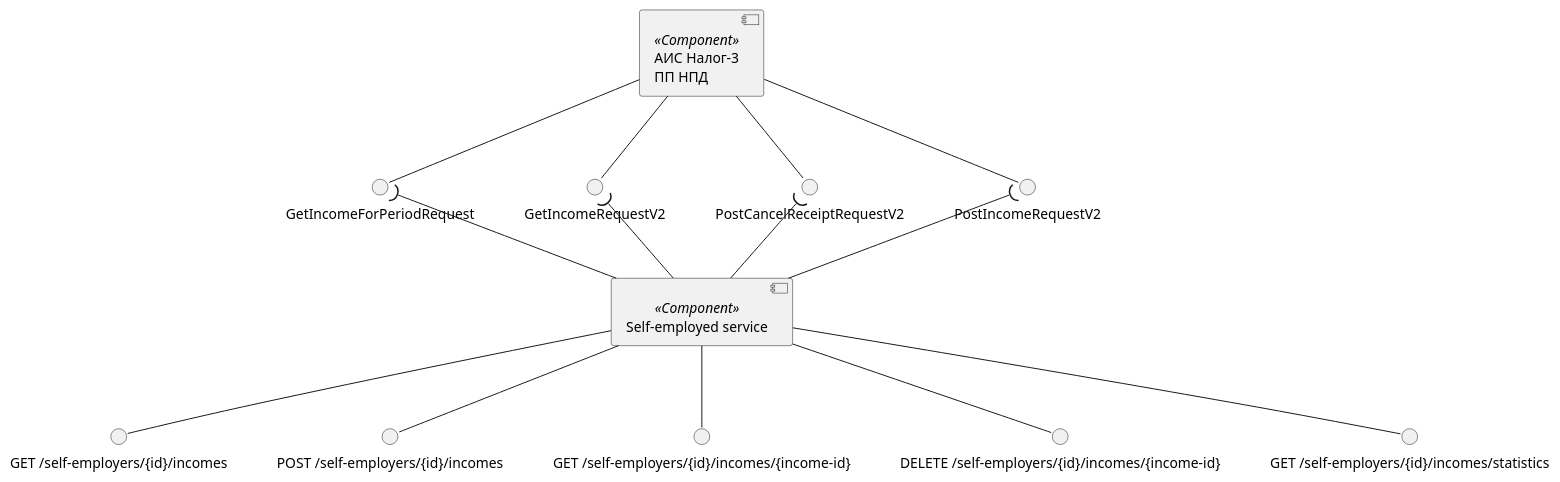
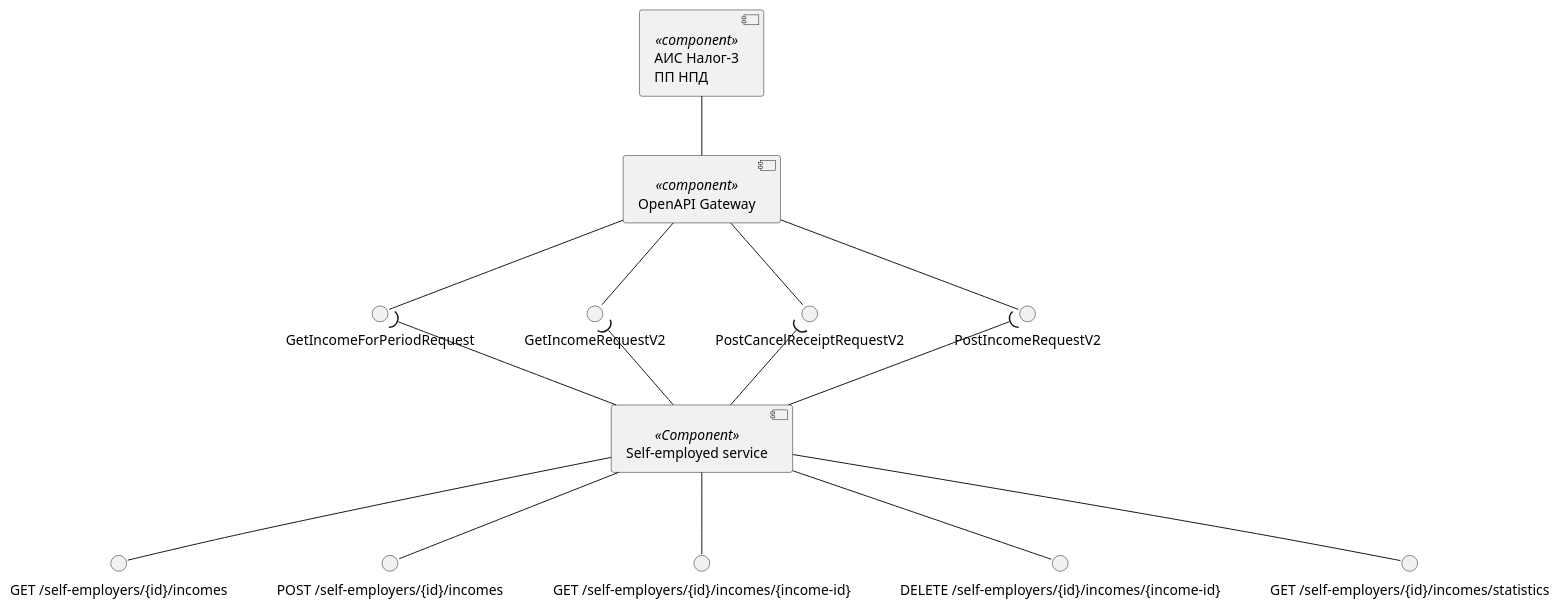
The second of 6 diagrams in diagrams/self-employed-service/components.puml (RaikBitters/ibank-internal-services), drawn with PlantUML before and after one commit. The commit also changed other lines of this file and 6 other files, not shown here.

Commit message:
Updated self-empl components diagram.

```diff
--- a/diagrams/self-employed-service/components.puml
+++ b/diagrams/self-employed-service/components.puml
@@ -85,32 +87,34 @@
 @startuml incomes-components
 
-component "АИС Налог-3\nПП НПД" as Tax3 <<Component>>
+component "АИС Налог-3\nПП НПД" as Tax3 <<component>>
+component "OpenAPI Gateway" as OpenAPI <<component>>
 interface "PostIncomeRequestV2" as PostIncome
 interface "PostCancelReceiptRequestV2" as PostCancelReceipt
 interface "GetIncomeRequestV2" as GetIncome
 interface "GetIncomeForPeriodRequest" as GetIncomeForPeriod
 
-Tax3 --() PostIncome
-Tax3 --() PostCancelReceipt
-Tax3 --() GetIncome
-Tax3 --() GetIncomeForPeriod
+Tax3 -- OpenAPI
+OpenAPI --() PostIncome
+OpenAPI --() PostCancelReceipt
+OpenAPI --() GetIncome
+OpenAPI --() GetIncomeForPeriod
 
 component "Self-employed service" as SelfEmplService <<Component>>
 interface "GET /self-employers/{id}/incomes" as getIncomes
 interface "POST /self-employers/{id}/incomes" as postIncome
 interface "GET /self-employers/{id}/incomes/{income-id}" as getIncomesId
 interface "DELETE /self-employers/{id}/incomes/{income-id}" as delIncomesId
 interface "GET /self-employers/{id}/incomes/statistics" as getIncomesStatistics
 
 SelfEmplService --() getIncomes
 SelfEmplService --() postIncome
 SelfEmplService --() getIncomesId
 SelfEmplService --() delIncomesId
 SelfEmplService --() getIncomesStatistics
 
 SelfEmplService -up-( PostIncome
 SelfEmplService -up-( PostCancelReceipt
 SelfEmplService -up-( GetIncome
 SelfEmplService -up-( GetIncomeForPeriod
 
 @enduml
```
